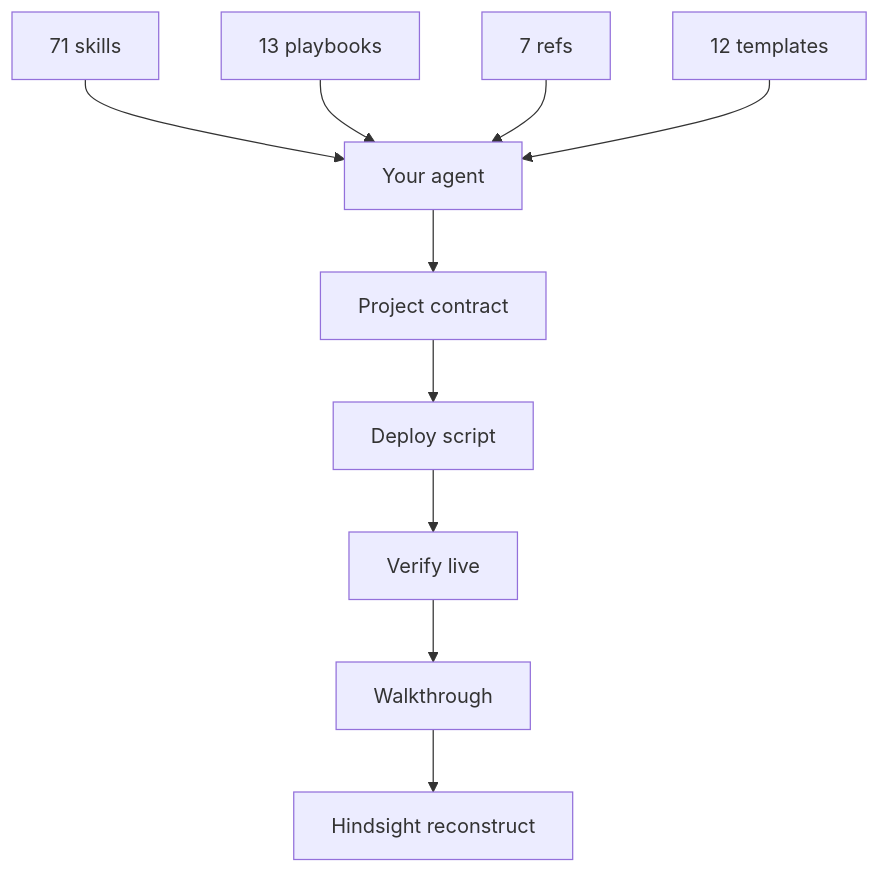
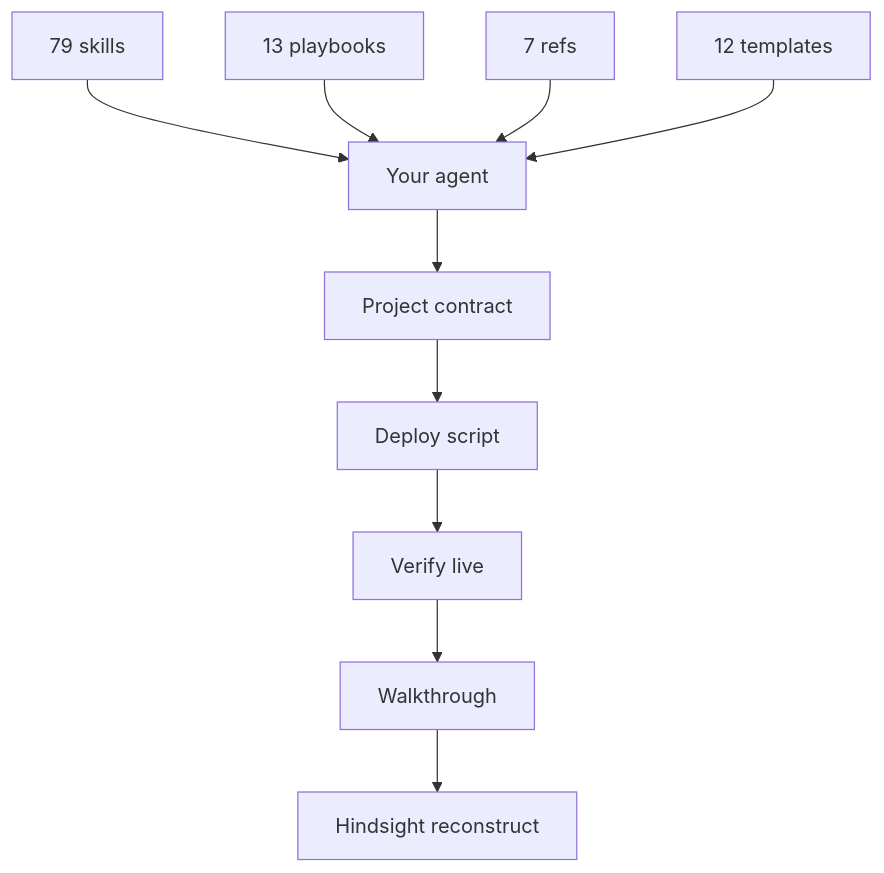
Before and after one commit to Nonarkara/dr-non-vibecoding-skills: the third of 3 diagrams in README.md, drawn with Mermaid. The commit also changed other lines of this file and 12 other files, not shown here.

````diff
--- a/README.md
+++ b/README.md
@@ -309,12 +309,12 @@
 ```mermaid
 flowchart TB
-  S["71 skills"] --> A["Your agent"]
+  S["79 skills"] --> A["Your agent"]
   P["13 playbooks"] --> A
   R["7 refs"] --> A
   T["12 templates"] --> A
   A --> W["Project contract"]
   W --> D["Deploy script"]
   D --> V["Verify live"]
   V --> H["Walkthrough"]
   H --> L["Hindsight reconstruct"]
 ```
````
